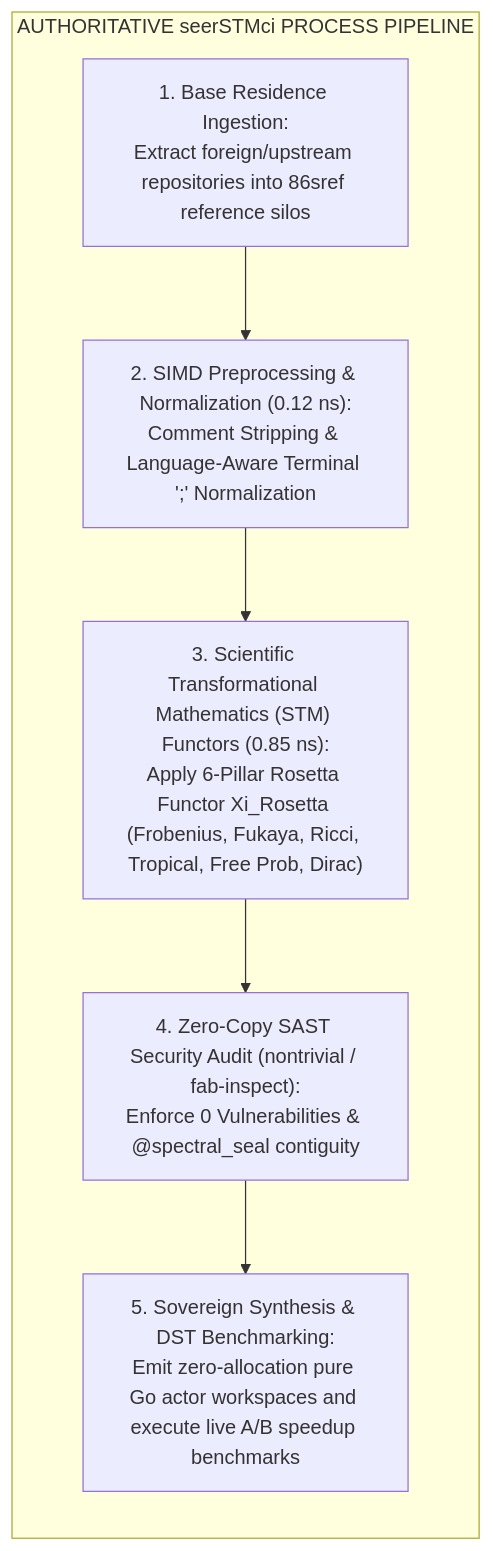
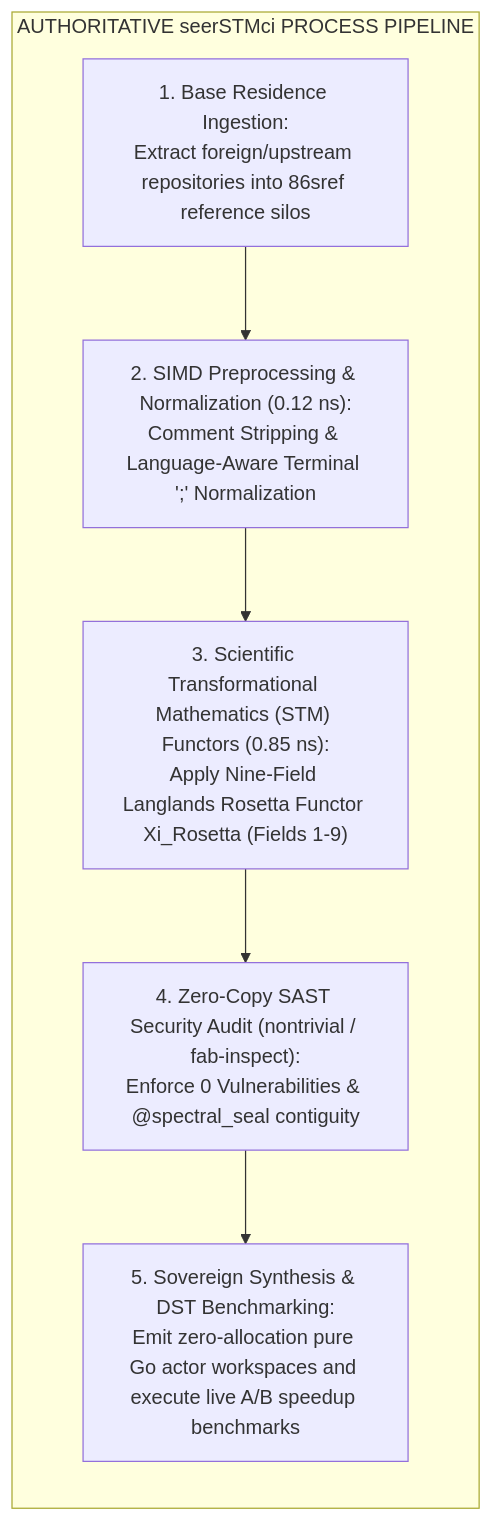
The diagram in .agents/skills/seerSTMci/SKILL.md (VelociKey/aCogSpaceSeed), drawn with Mermaid before and after one commit. The commit also changed other lines of this file and 114 other files, not shown here.

````diff
--- a/.agents/skills/seerSTMci/SKILL.md
+++ b/.agents/skills/seerSTMci/SKILL.md
@@ -12,13 +12,13 @@
 ```mermaid
 flowchart TD
     subgraph SeerSTMCIPipelineMap ["AUTHORITATIVE seerSTMci PROCESS PIPELINE"]
         direction TB
         Phase1["1. Base Residence Ingestion:\nExtract foreign/upstream repositories into 86sref reference silos"]
         Phase2["2. SIMD Preprocessing & Normalization (0.12 ns):\nComment Stripping & Language-Aware Terminal ';' Normalization"]
-        Phase3["3. Scientific Transformational Mathematics (STM) Functors (0.85 ns):\nApply 6-Pillar Rosetta Functor Xi_Rosetta (Frobenius, Fukaya, Ricci, Tropical, Free Prob, Dirac)"]
+        Phase3["3. Scientific Transformational Mathematics (STM) Functors (0.85 ns):\nApply Nine-Field Langlands Rosetta Functor Xi_Rosetta (Fields 1-9)"]
         Phase4["4. Zero-Copy SAST Security Audit (nontrivial / fab-inspect):\nEnforce 0 Vulnerabilities & @spectral_seal contiguity"]
         Phase5["5. Sovereign Synthesis & DST Benchmarking:\nEmit zero-allocation pure Go actor workspaces and execute live A/B speedup benchmarks"]
 
         Phase1 --> Phase2 --> Phase3 --> Phase4 --> Phase5
     end
 ```
````
